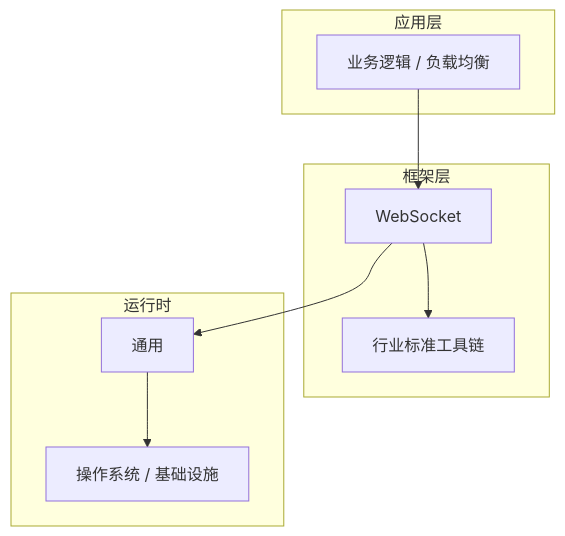
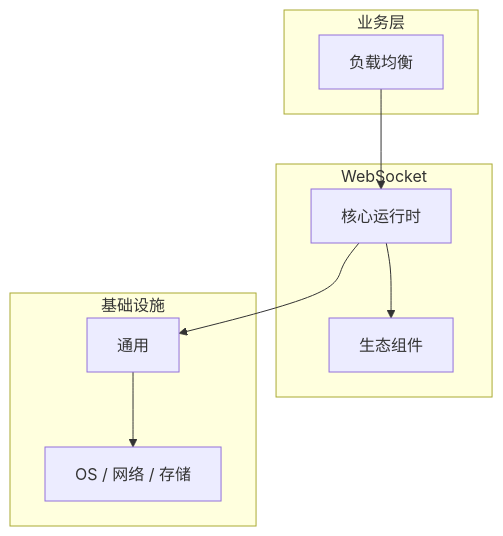
The diagram in articles/WebSocket/chapters/053-负载均衡核心概念与原理.md (yanggan2015/knowledge-json-v2), drawn with Mermaid before and after one commit. The commit also changed other lines of this file and 10127 other files, not shown here.

````diff
--- a/articles/WebSocket/chapters/053-负载均衡核心概念与原理.md
+++ b/articles/WebSocket/chapters/053-负载均衡核心概念与原理.md
@@ -45,18 +34,18 @@
 ```mermaid
 graph TB
-    subgraph 应用层
-        A[业务逻辑 / 负载均衡]
+    subgraph 业务层
+        A[负载均衡]
     end
-    subgraph 框架层
-        B[WebSocket]
-        C[行业标准工具链]
+    subgraph WebSocket
+        B[核心运行时]
+        C[生态组件]
     end
-    subgraph 运行时
+    subgraph 基础设施
         D[通用]
-        E[操作系统 / 基础设施]
+        E[OS / 网络 / 存储]
     end
     A --> B
     B --> C
     B --> D
     D --> E
 ```
````
